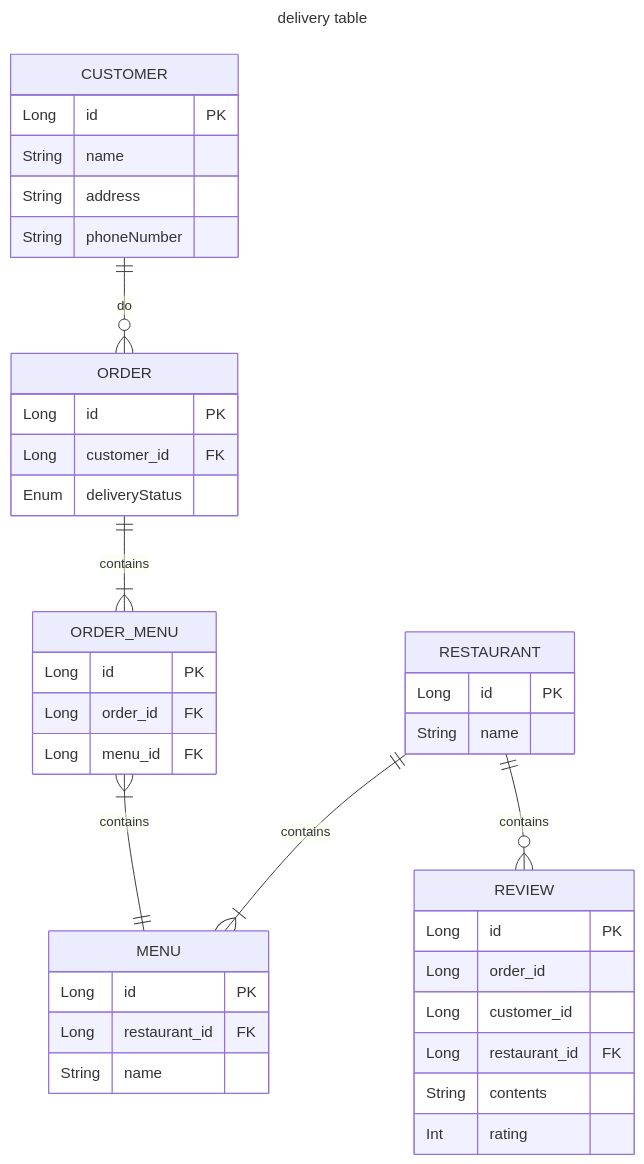
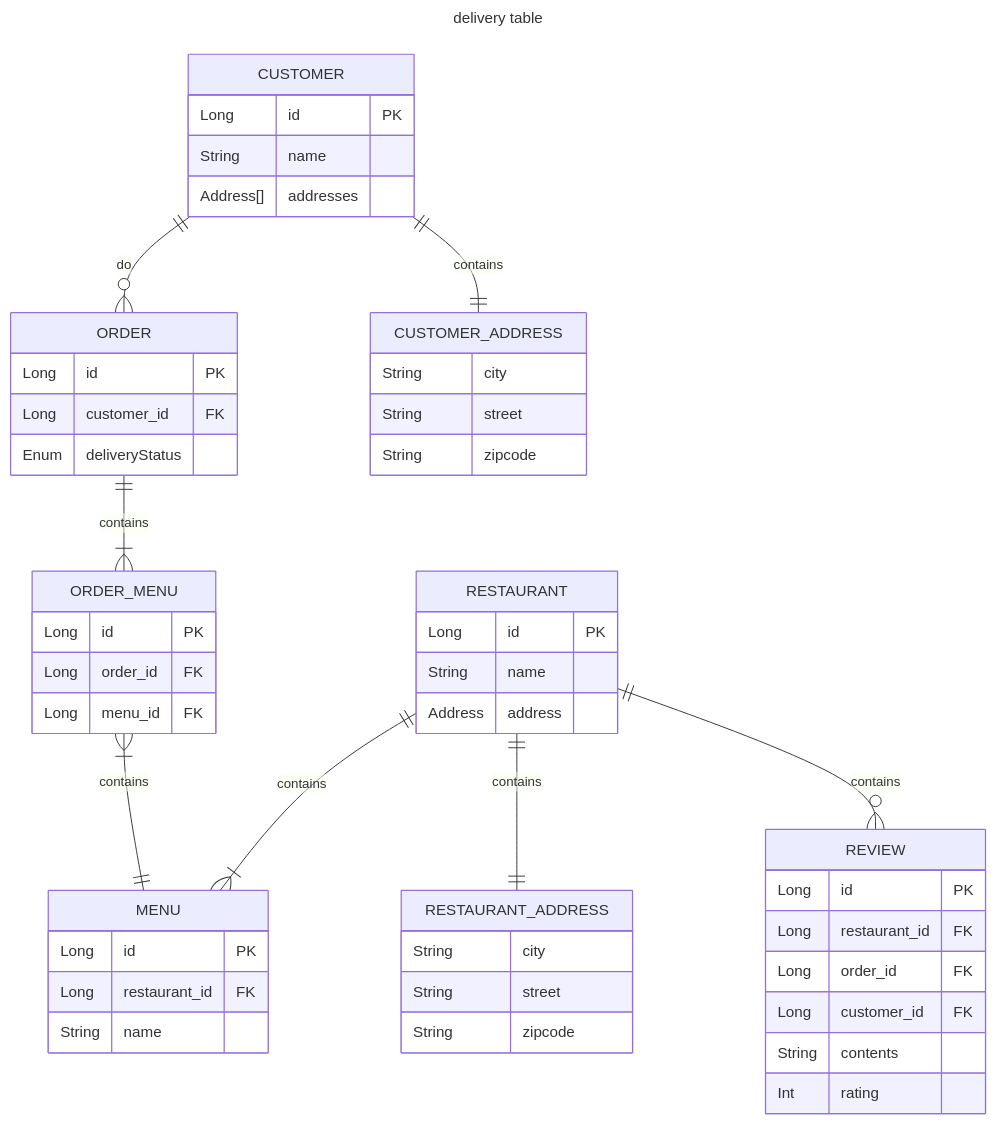
The diagram in README.md (songkg7/delivery-app-sample), drawn with Mermaid before and after one commit. The commit also changed other lines of this file and 1 other file, not shown here.

````diff
--- a/README.md
+++ b/README.md
@@ -27,44 +27,57 @@
 ```mermaid
 ---
 title: delivery table
 ---
 erDiagram
+    CUSTOMER ||--|| CUSTOMER_ADDRESS: contains
     CUSTOMER ||--o{ ORDER: do
     CUSTOMER {
         Long id PK
         String name
-        String address
-        String phoneNumber
+        Address[] addresses
     }
     ORDER ||--|{ ORDER_MENU: contains
     ORDER {
         Long id PK
         Long customer_id FK
         Enum deliveryStatus
     }
     RESTAURANT ||--o{ REVIEW: contains
+    CUSTOMER_ADDRESS {
+        String city
+        String street
+        String zipcode
+    }
+
     REVIEW {
         Long id PK
-        Long order_id
-        Long customer_id
         Long restaurant_id FK
+        Long order_id FK
+        Long customer_id FK
         String contents
         Int rating
     }
+    RESTAURANT ||--|| RESTAURANT_ADDRESS: contains
     RESTAURANT ||--|{ MENU: contains
     RESTAURANT {
         Long id PK
         String name
+        Address address
+    }
+    RESTAURANT_ADDRESS {
+        String city
+        String street
+        String zipcode
     }
     MENU {
         Long id PK
         Long restaurant_id FK
         String name
     }
     ORDER_MENU {
         Long id PK
         Long order_id FK
         Long menu_id FK
     }
     ORDER_MENU }|--|| MENU: contains
 ```
````
